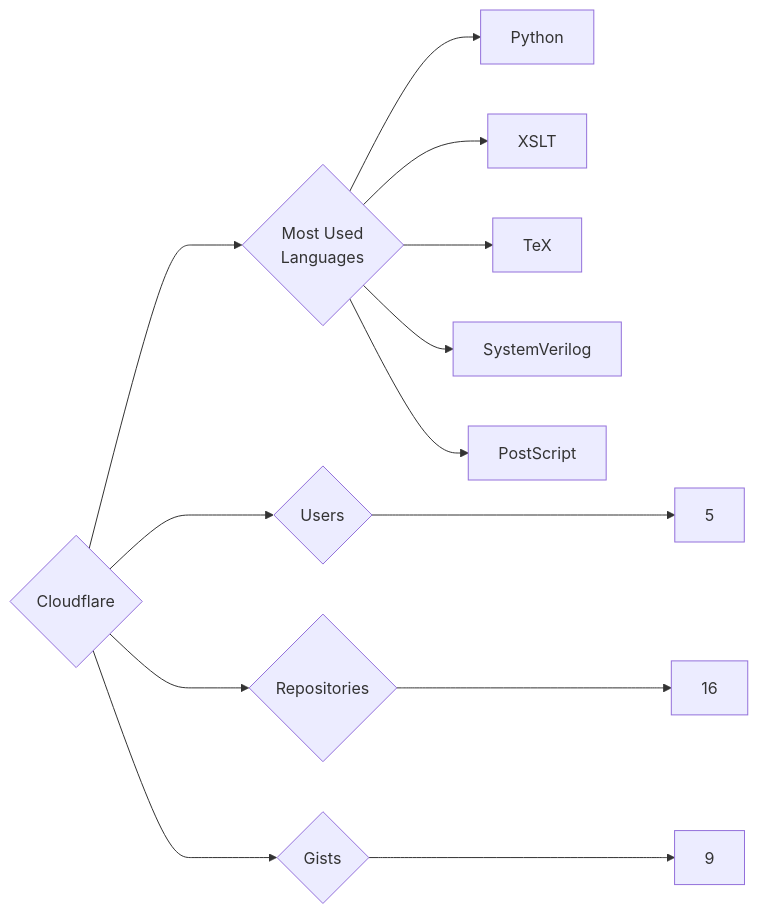
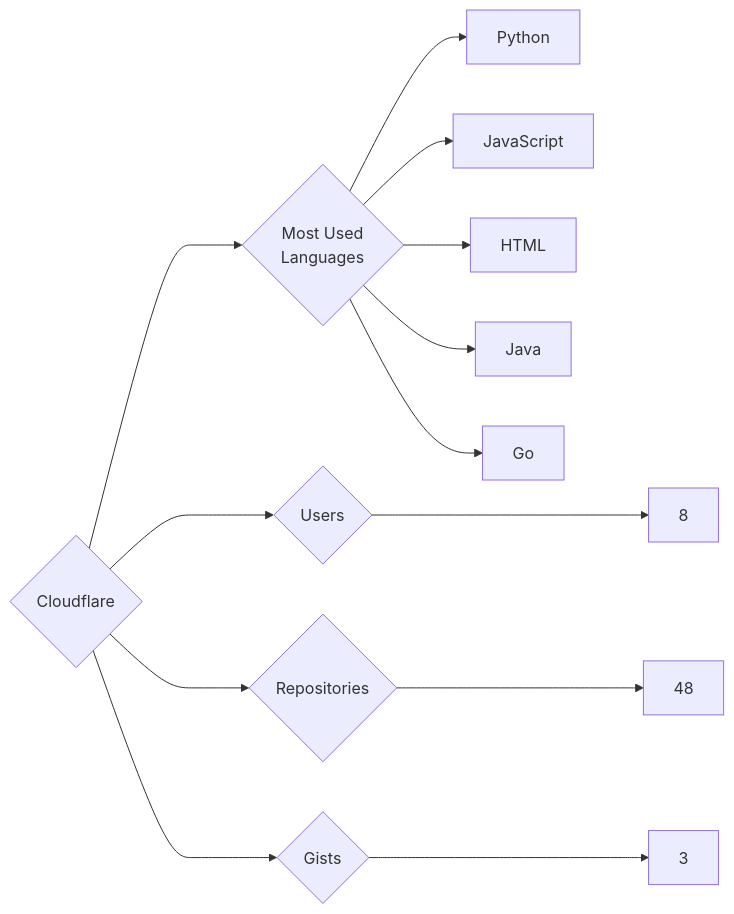
Before and after one commit to trickest/insiders: the diagram in targets/Cloudflare/README.md, drawn with Mermaid. The commit also changed 873 other files, not shown here.

````diff
--- a/targets/Cloudflare/README.md
+++ b/targets/Cloudflare/README.md
@@ -3,13 +3,13 @@
 ```mermaid
 graph LR
 COMPANY_NAME{Cloudflare}
-COMPANY_NAME ---> U{Users} ---> UN[5]
-COMPANY_NAME ---> R{Repositories} ---> RN[16]
-COMPANY_NAME ---> G{Gists} ---> GN[9]
+COMPANY_NAME ---> U{Users} ---> UN[8]
+COMPANY_NAME ---> R{Repositories} ---> RN[48]
+COMPANY_NAME ---> G{Gists} ---> GN[3]
 COMPANY_NAME ---> ML{Most Used<br>Languages}
 ML --> Python[Python]
-ML --> XSLT[XSLT]
-ML --> TeX[TeX]
-ML --> SystemVerilog[SystemVerilog]
-ML --> PostScript[PostScript]
+ML --> JavaScript[JavaScript]
+ML --> HTML[HTML]
+ML --> Java[Java]
+ML --> Go[Go]
 ```
````
